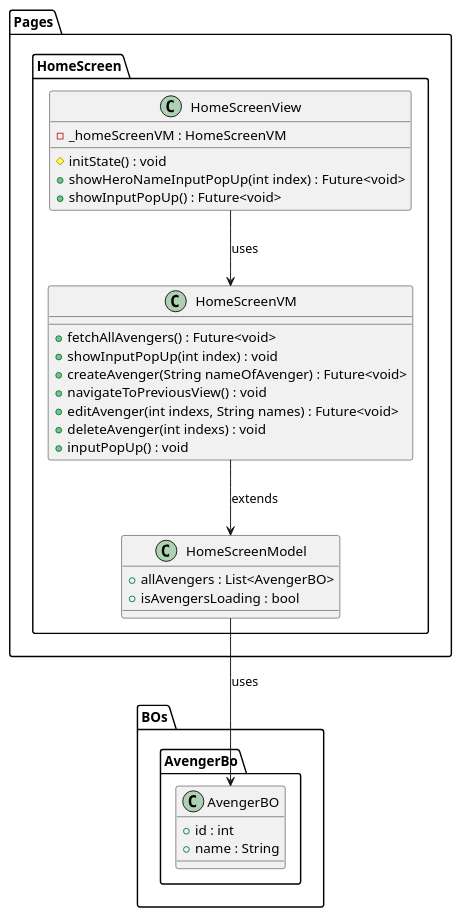
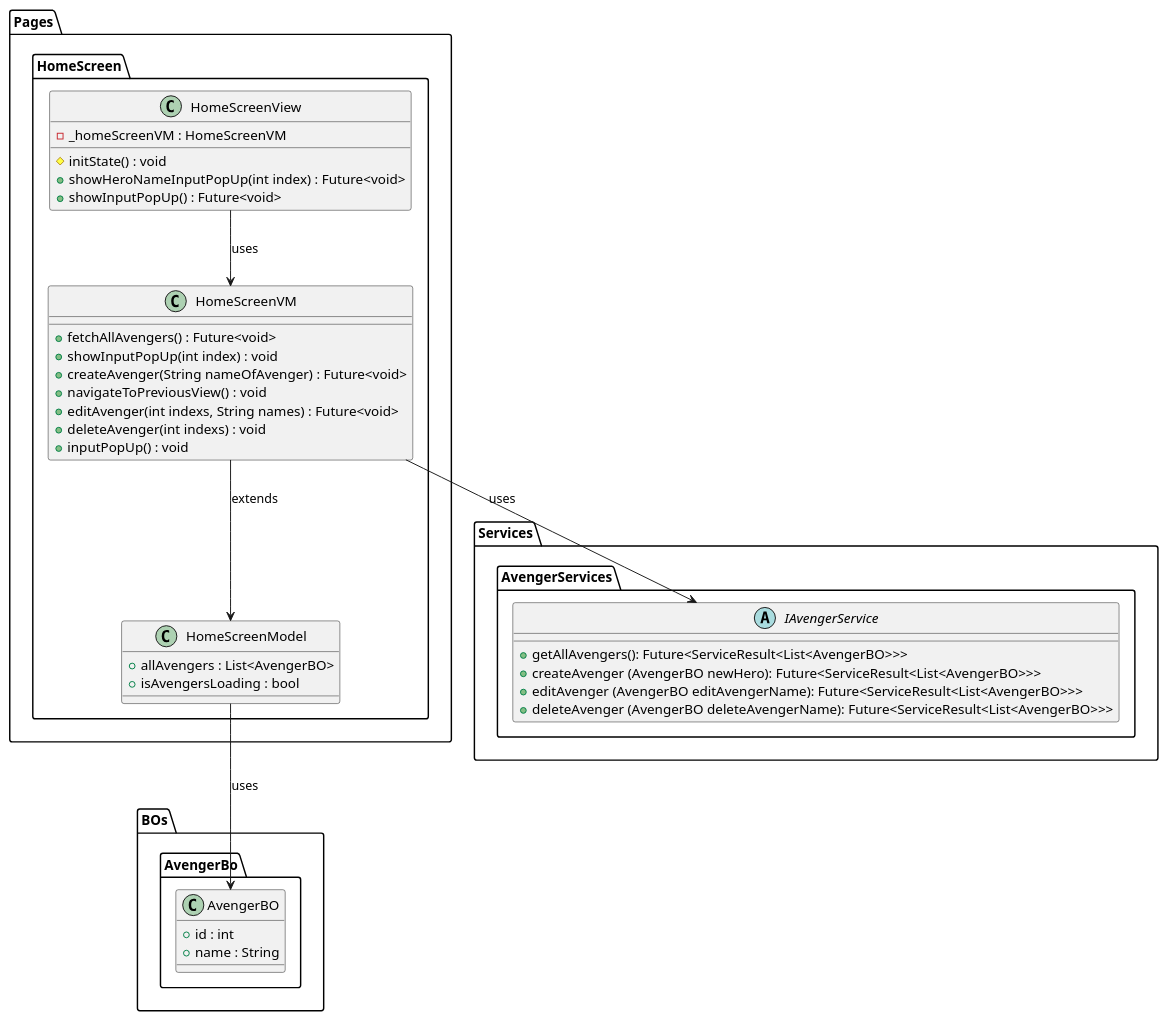
The diagram in lib/Pages/HomeScreen/Design/HomeScreen_Class.puml (ThirumuruganArumugam/API-CRUD), drawn with PlantUML before and after one commit.

Commit message:
fourth commit

```diff
--- a/lib/Pages/HomeScreen/Design/HomeScreen_Class.puml
+++ b/lib/Pages/HomeScreen/Design/HomeScreen_Class.puml
@@ -1,43 +1,56 @@
 @startuml Home Screen Class Diagram
 
 package Pages{
     package HomeScreen{
         class HomeScreenView{
             - _homeScreenVM : HomeScreenVM
             # initState() : void
             + showHeroNameInputPopUp(int index) : Future<void>
             + showInputPopUp() : Future<void>
         }
 
         class HomeScreenVM
         {
             + fetchAllAvengers() : Future<void>
             + showInputPopUp(int index) : void
             + createAvenger(String nameOfAvenger) : Future<void>
             + navigateToPreviousView() : void
             + editAvenger(int indexs, String names) : Future<void>
             + deleteAvenger(int indexs) : void
             + inputPopUp() : void
         }
 
         class HomeScreenModel{
             + allAvengers : List<AvengerBO>
             + isAvengersLoading : bool
         }
     }
 
 }
 
+package Services{
+    package AvengerServices{
+        abstract class IAvengerService{
+            + getAllAvengers(): Future<ServiceResult<List<AvengerBO>>>
+            + createAvenger (AvengerBO newHero): Future<ServiceResult<List<AvengerBO>>>
+            + editAvenger (AvengerBO editAvengerName): Future<ServiceResult<List<AvengerBO>>>
+            + deleteAvenger (AvengerBO deleteAvengerName): Future<ServiceResult<List<AvengerBO>>>
+
+        }
+    }
+}
+
 package BOs{
     package AvengerBo{
         class AvengerBO{
             + id : int
             + name : String
         }
     }
 }
 
 HomeScreenView --> HomeScreenVM : uses
 HomeScreenVM --> HomeScreenModel : extends
 HomeScreenModel --> AvengerBO : uses
+HomeScreenVM --> IAvengerService : uses
 @enduml
```
